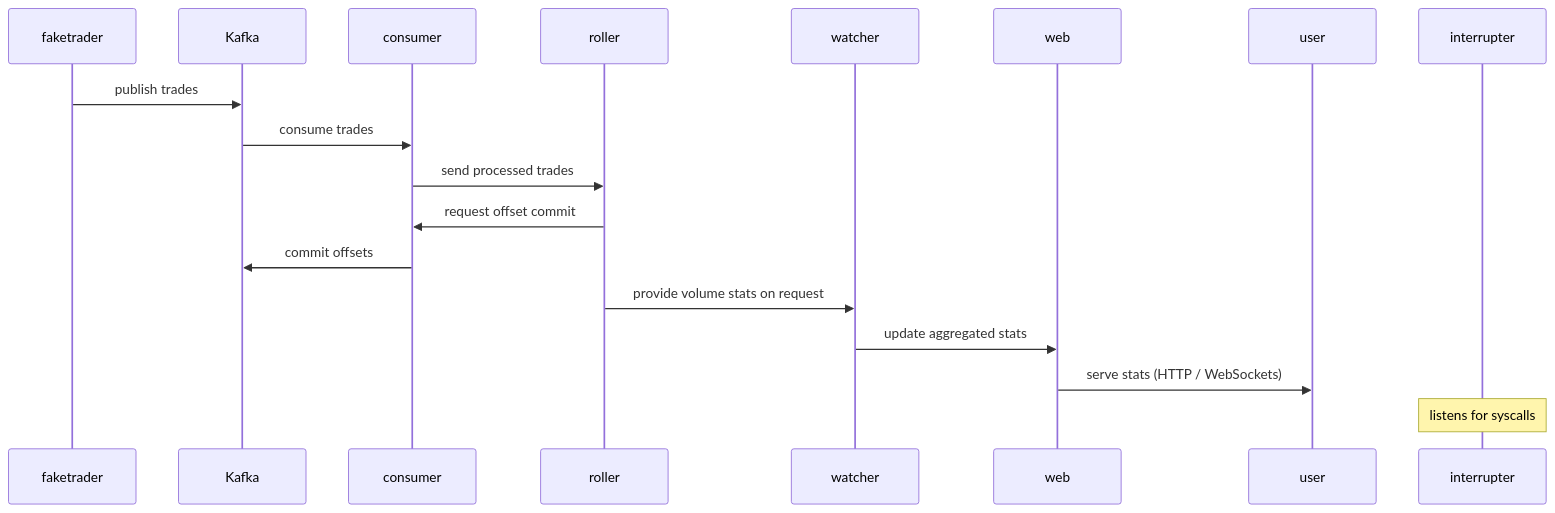
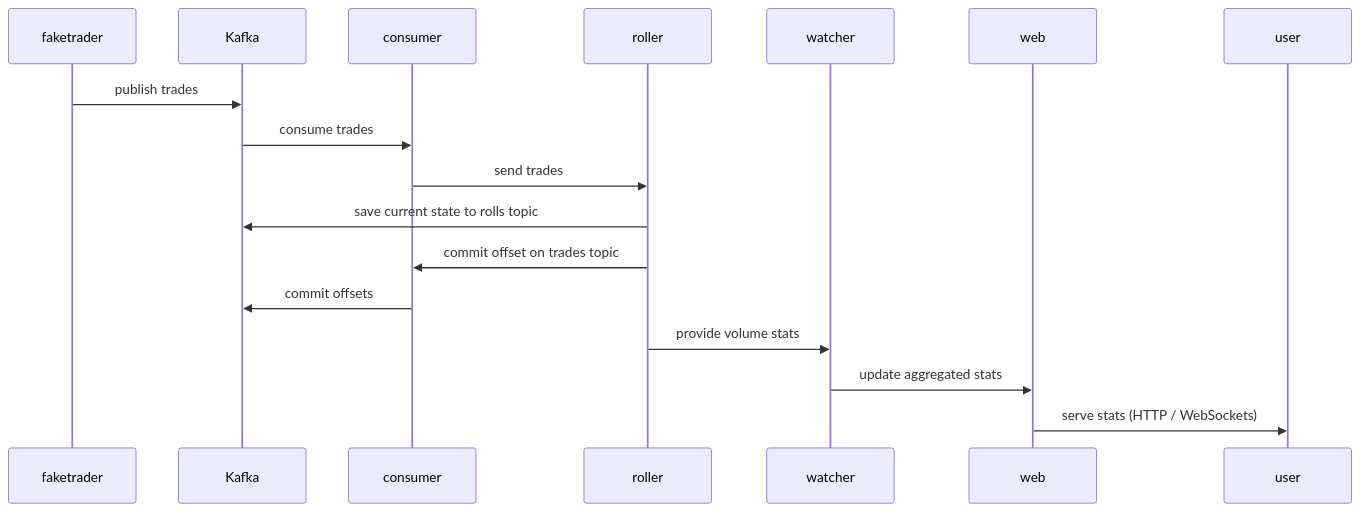
Before and after one commit to zamyatin-zkex/volumer: the second of 2 diagrams in README.md, drawn with Mermaid. The commit also changed other lines of this file and 1 other file, not shown here.

````diff
--- a/README.md
+++ b/README.md
@@ -32,22 +43,20 @@
 ```mermaid
     sequenceDiagram
     participant F as faketrader
     participant K as Kafka
     participant C as consumer
     participant R as roller
     participant Wt as watcher
     participant W as web
     participant U as user
-    participant I as interrupter
 
     F->>K: publish trades
     K->>C: consume trades
-    C->>R: send processed trades
-    R->>C: request offset commit
+    C->>R: send trades
+    R->>K: save current state to rolls topic
+    R->>C: commit offset on trades topic
     C->>K: commit offsets
-    R->>Wt: provide volume stats on request
+    R->>Wt: provide volume stats
     Wt->>W: update aggregated stats
     W->>U: serve stats (HTTP / WebSockets)
-
-    Note over I: listens for syscalls
 ```
````
